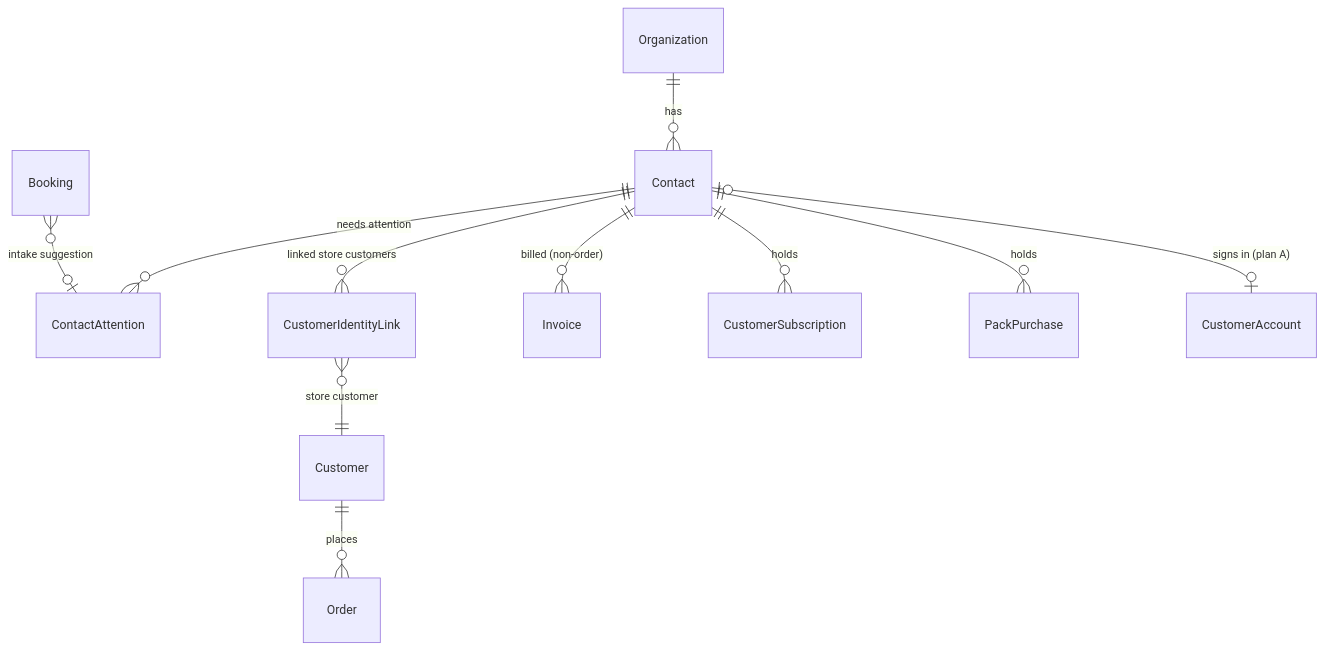
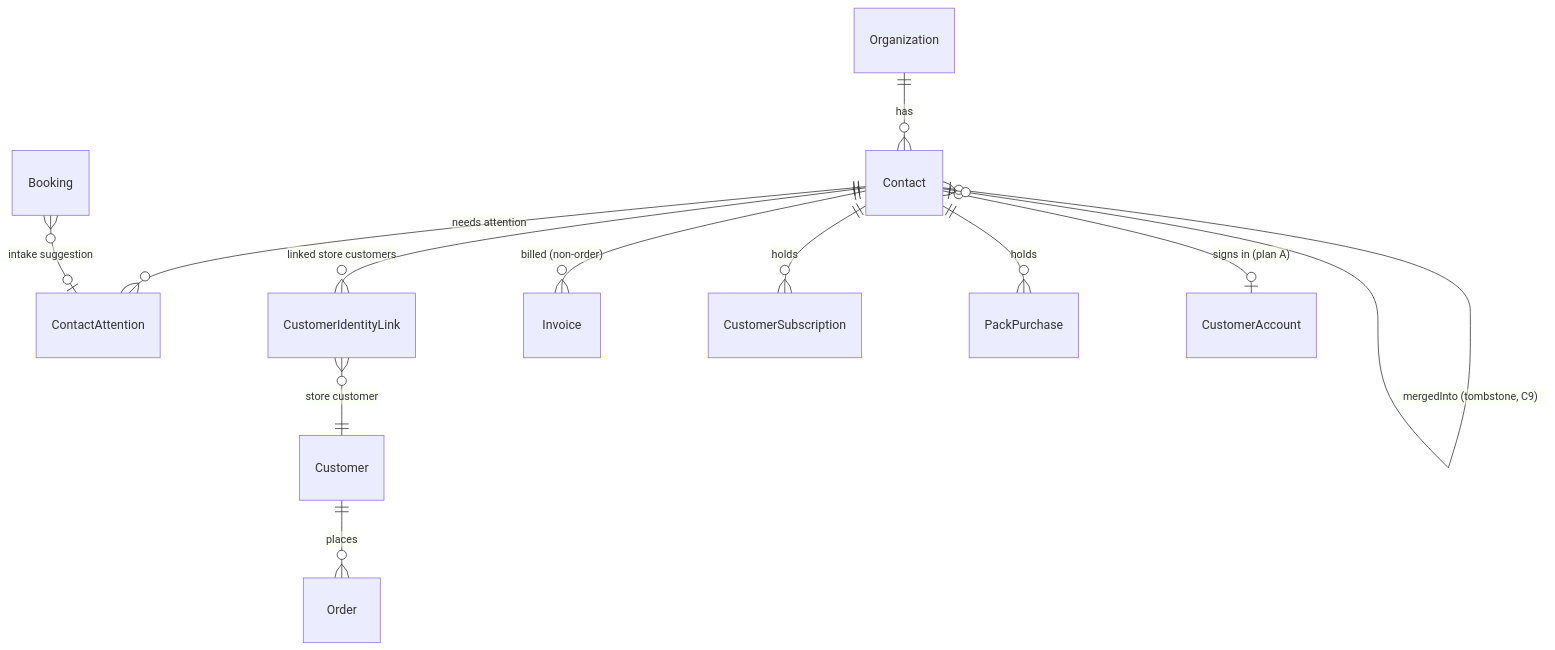
The first of 4 diagrams in docs/plans/2026-09-26-003-feat-customers-plan.md (saroh-labs/saroh.in), drawn with Mermaid before and after one commit. The commit also changed other lines of this file, not shown here.

````diff
--- a/docs/plans/2026-09-26-003-feat-customers-plan.md
+++ b/docs/plans/2026-09-26-003-feat-customers-plan.md
@@ -268,13 +330,14 @@
 ```mermaid
 erDiagram
     Organization ||--o{ Contact : has
     Contact ||--o{ ContactAttention : "needs attention"
     Contact ||--o{ CustomerIdentityLink : "linked store customers"
     CustomerIdentityLink }o--|| Customer : "store customer"
     Customer ||--o{ Order : places
     Contact ||--o{ Invoice : "billed (non-order)"
     Contact ||--o{ CustomerSubscription : holds
     Contact ||--o{ PackPurchase : holds
     Contact |o--o| CustomerAccount : "signs in (plan A)"
     Booking }o--o| ContactAttention : "intake suggestion"
+    Contact |o--o{ Contact : "mergedInto (tombstone, C9)"
 ```
````
